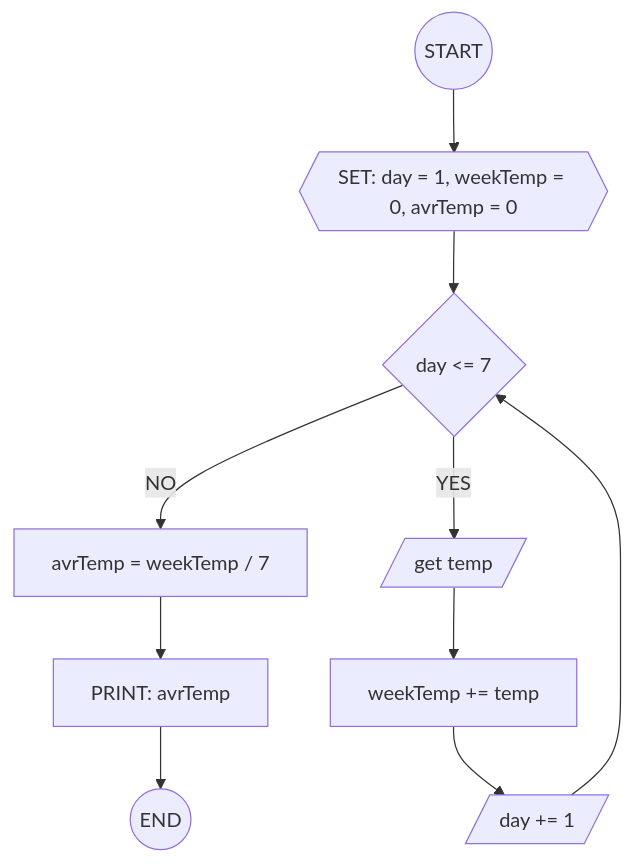
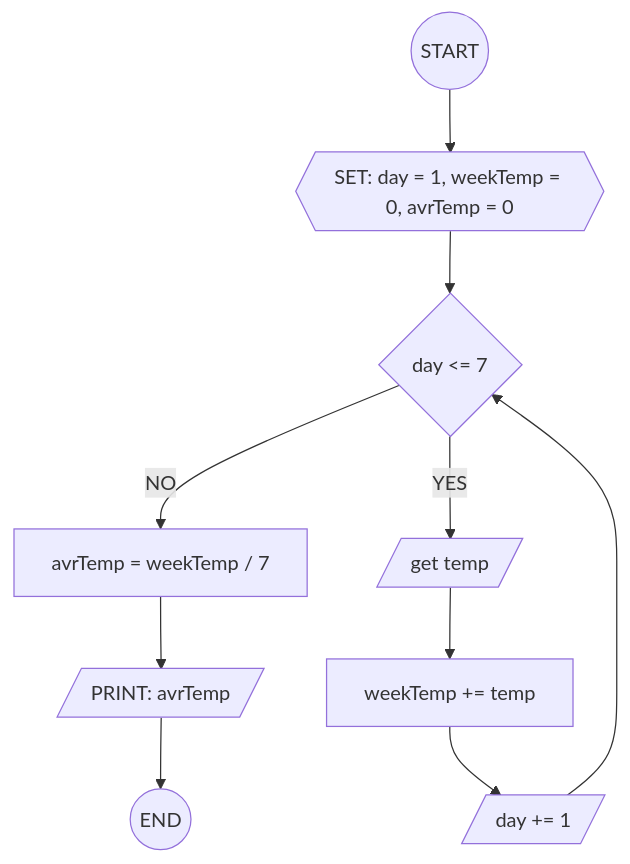
The second of 2 diagrams in Exercise6.md (ihabau/lexicon-WS-flowchats), drawn with Mermaid before and after one commit. The commit also changed other lines of this file and 11 other files, not shown here.

````diff
--- a/Exercise6.md
+++ b/Exercise6.md
@@ -42,12 +42,12 @@
 ```mermaid
 flowchart TD
 S((START)) --> DATA{{SET: day = 1, weekTemp = 0, avrTemp = 0}}
 DATA --> LOOP{day <= 7}
 LOOP -- NO -->CALCAVR[avrTemp = weekTemp / 7]
-CALCAVR --> PRINT[PRINT: avrTemp]
+CALCAVR --> PRINT[/PRINT: avrTemp/]
 PRINT --> E((END))
 LOOP -- YES --> GETTEMP[/get temp/]
 GETTEMP --> CALC[weekTemp += temp]
 CALC --> INC[/day += 1/]
 INC --> LOOP
 ```
````
